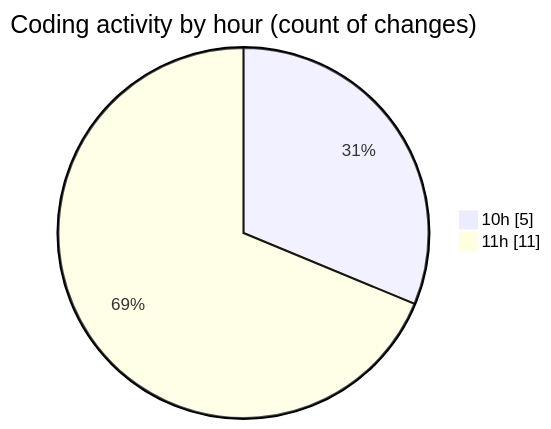
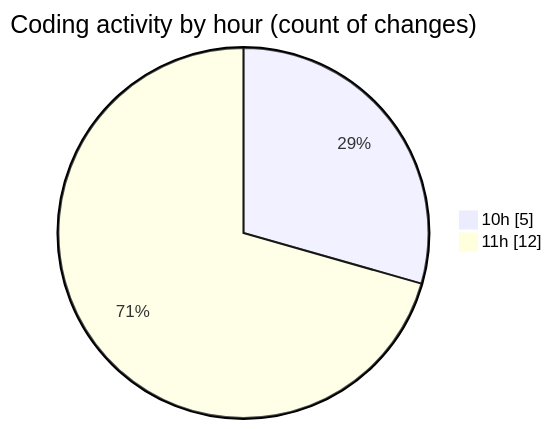
One commit to LanceThiago/code-tracking changed the second of 2 diagrams in 2025-01-24/web/README.md. Above: the diagram before and after it, drawn with Mermaid. The commit also changed other lines of this file and 1 other file, not shown here.

````diff
--- a/2025-01-24/web/README.md
+++ b/2025-01-24/web/README.md
@@ -28,6 +28,6 @@
 ```mermaid
 pie showData
 title Coding activity by hour (count of changes)
 "10h" : 5
-"11h" : 11
+"11h" : 12
 ```
````
